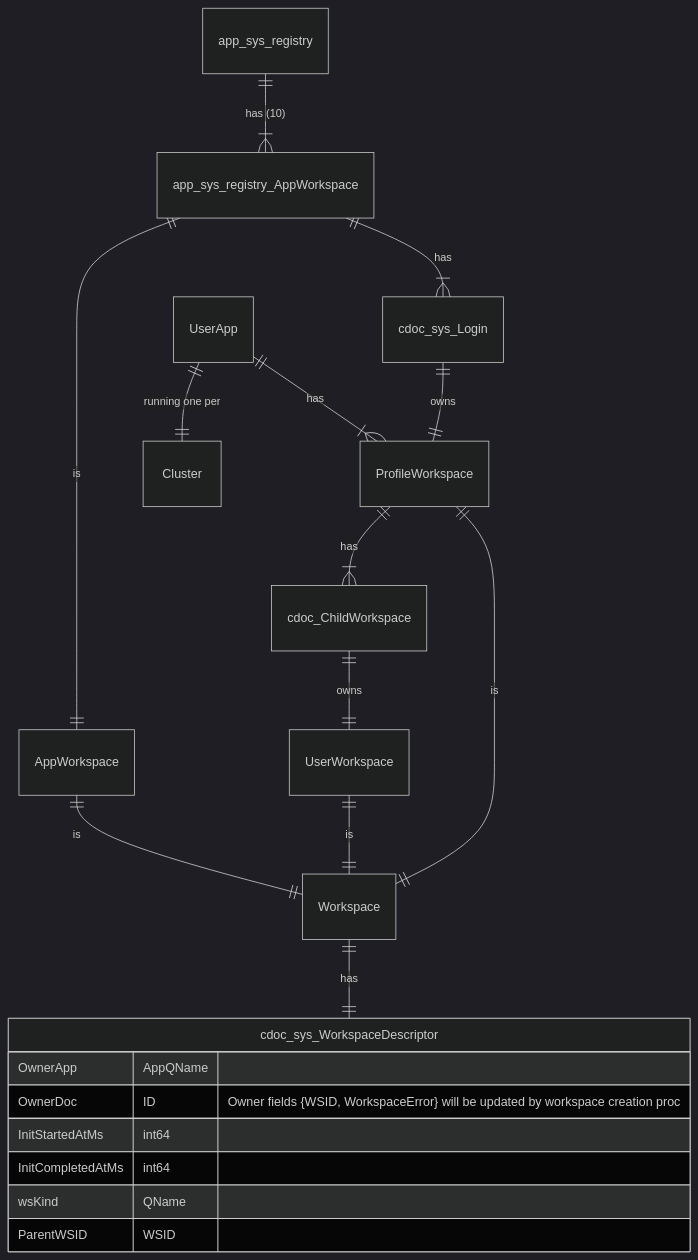
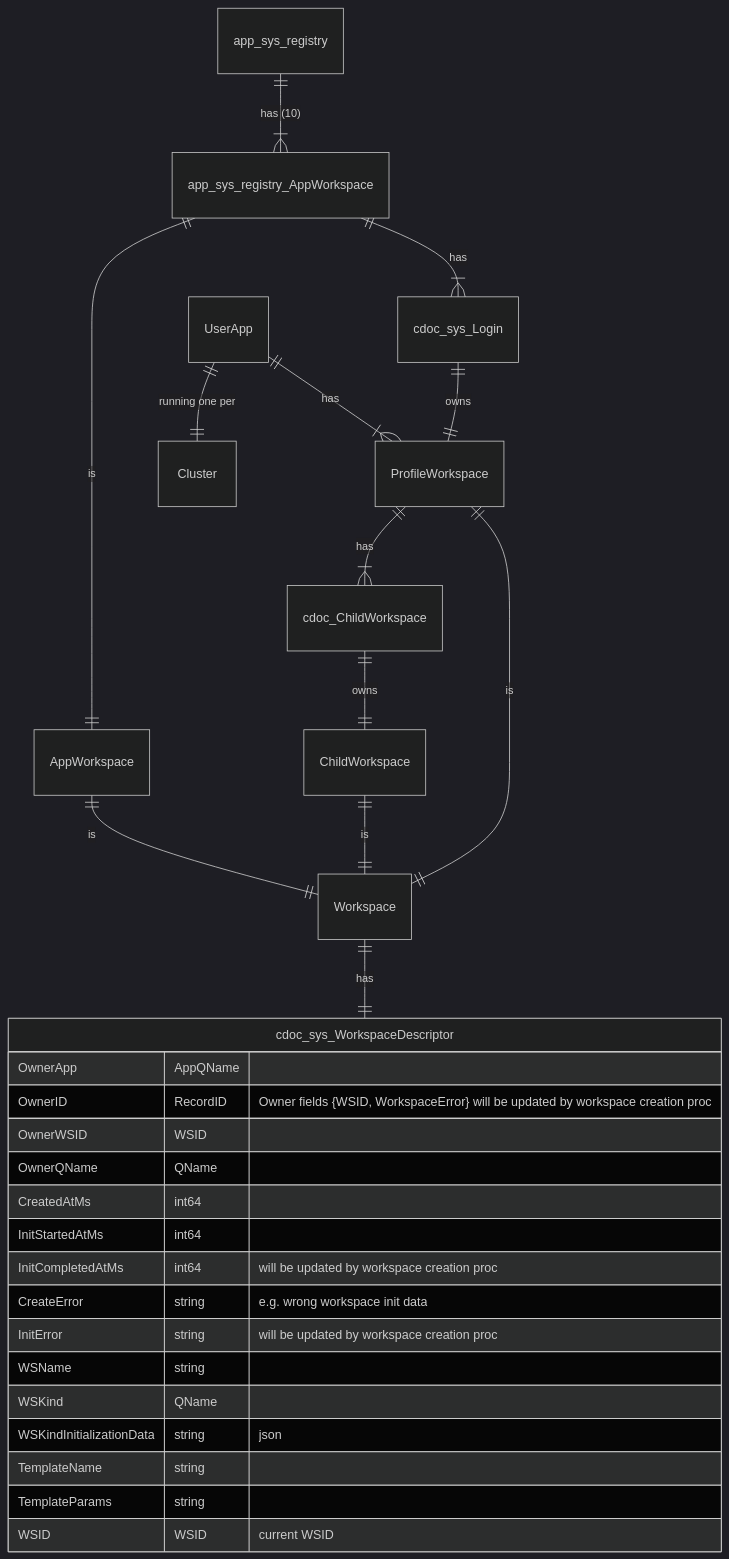
Before and after one commit to voedger/voedger: the second of 3 diagrams in design/workspaces/README.md, drawn with Mermaid (dark theme). The commit also changed other lines of this file, not shown here.

````diff
--- a/design/workspaces/README.md
+++ b/design/workspaces/README.md
@@ -56,30 +57,39 @@
 ```mermaid
 erDiagram
 
 
   app_sys_registry ||--|{ app_sys_registry_AppWorkspace: "has (10)"
 
   app_sys_registry_AppWorkspace ||--|| AppWorkspace: "is"
 
   app_sys_registry_AppWorkspace ||--|{ cdoc_sys_Login: "has"
   cdoc_sys_Login ||--|| ProfileWorkspace: "owns"
   UserApp ||--|| Cluster: "running one per"
   UserApp ||--|{ ProfileWorkspace: "has"
 
   ProfileWorkspace ||--|{ cdoc_ChildWorkspace: "has"
-  cdoc_ChildWorkspace ||--|| UserWorkspace: "owns"
+  cdoc_ChildWorkspace ||--|| ChildWorkspace: "owns"
   AppWorkspace||--|| Workspace: "is"
   ProfileWorkspace||--|| Workspace: "is"
-  UserWorkspace||--|| Workspace: "is"
+  ChildWorkspace||--|| Workspace: "is"
 
   Workspace||--|| cdoc_sys_WorkspaceDescriptor: "has"
 
   cdoc_sys_WorkspaceDescriptor{
     OwnerApp AppQName
-    OwnerDoc ID "Owner fields {WSID, WorkspaceError} will be updated by workspace creation proc"
-    InitStartedAtMs  int64
-    InitCompletedAtMs int64
-    wsKind  QName
-    ParentWSID WSID
+    OwnerID RecordID "Owner fields {WSID, WorkspaceError} will be updated by workspace creation proc"
+    OwnerWSID WSID
+    OwnerQName QName
+    CreatedAtMs  int64
+    InitStartedAtMs int64
+    InitCompletedAtMs int64 "will be updated by workspace creation proc"
+    CreateError string "e.g. wrong workspace init data"
+    InitError string "will be updated by workspace creation proc"
+    WSName string
+    WSKind  QName
+    WSKindInitializationData string "json"
+    TemplateName string
+    TemplateParams string
+    WSID WSID "current WSID"
   }
 ```
````
